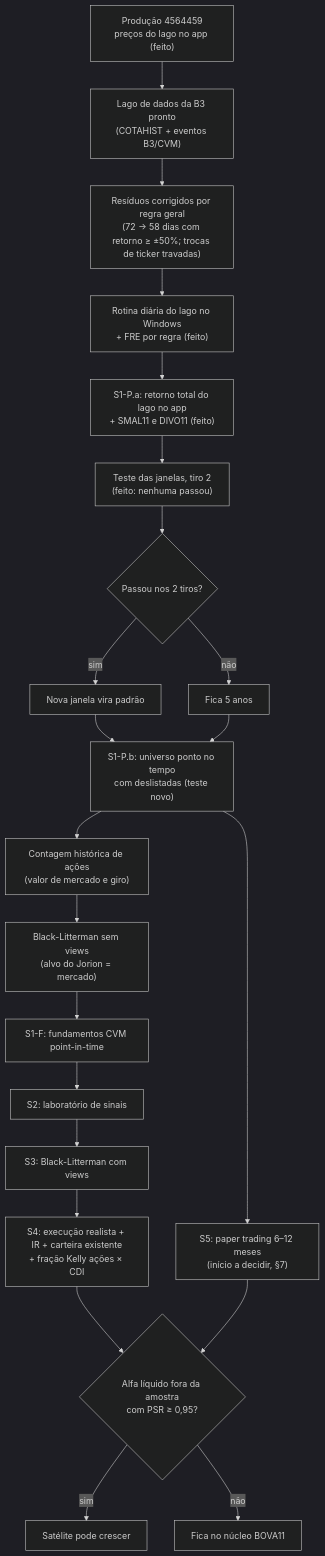
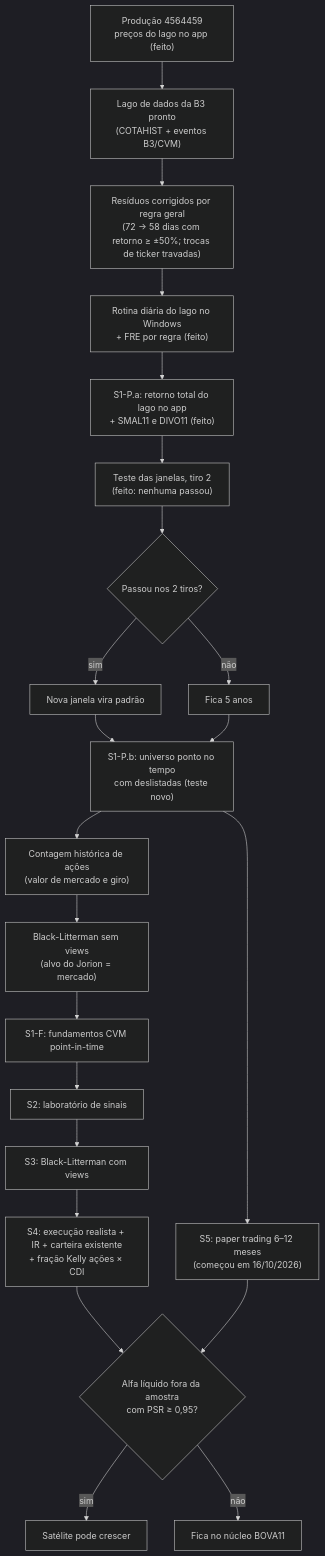
The diagram in docs/ROTEIRO.md (GabrielScript/Portfolio-Optimization), drawn with Mermaid (dark theme) before and after one commit. The commit also changed other lines of this file and 1 other file, not shown here.

First line of the commit message:
docs: paper trading registrado desde 16/10/2026 e rotina agendada

````diff
--- a/docs/ROTEIRO.md
+++ b/docs/ROTEIRO.md
@@ -60,24 +60,24 @@
 ```mermaid
 flowchart TD
     A["Produção 4564459<br/>preços do lago no app (feito)"] --> L["Lago de dados da B3 pronto<br/>(COTAHIST + eventos B3/CVM)"]
     L --> R["Resíduos corrigidos por regra geral<br/>(72 → 58 dias com retorno ≥ ±50%; trocas de ticker travadas)"]
     R --> RT["Rotina diária do lago no Windows<br/>+ FRE por regra (feito)"]
     RT --> D["S1-P.a: retorno total do lago no app<br/>+ SMAL11 e DIVO11 (feito)"]
     D --> E["Teste das janelas, tiro 2<br/>(feito: nenhuma passou)"]
     E --> F{"Passou nos 2 tiros?"}
     F -- sim --> F1["Nova janela vira padrão"]
     F -- não --> F2["Fica 5 anos"]
     F1 --> PB["S1-P.b: universo ponto no tempo<br/>com deslistadas (teste novo)"]
     F2 --> PB
-    PB --> S5["S5: paper trading 6–12 meses<br/>(início a decidir, §7)"]
+    PB --> S5["S5: paper trading 6–12 meses<br/>(começou em 16/10/2026)"]
     PB --> CAP["Contagem histórica de ações<br/>(valor de mercado e giro)"]
     CAP --> BL["Black-Litterman sem views<br/>(alvo do Jorion = mercado)"]
     BL --> S1F["S1-F: fundamentos CVM point-in-time"]
     S1F --> S2["S2: laboratório de sinais"]
     S2 --> S3["S3: Black-Litterman com views"]
     S3 --> S4["S4: execução realista + IR + carteira existente<br/>+ fração Kelly ações × CDI"]
     S4 --> OK{"Alfa líquido fora da amostra<br/>com PSR ≥ 0,95?"}
     S5 --> OK
     OK -- sim --> SAT["Satélite pode crescer"]
     OK -- não --> NUC["Fica no núcleo BOVA11"]
 ```
````
